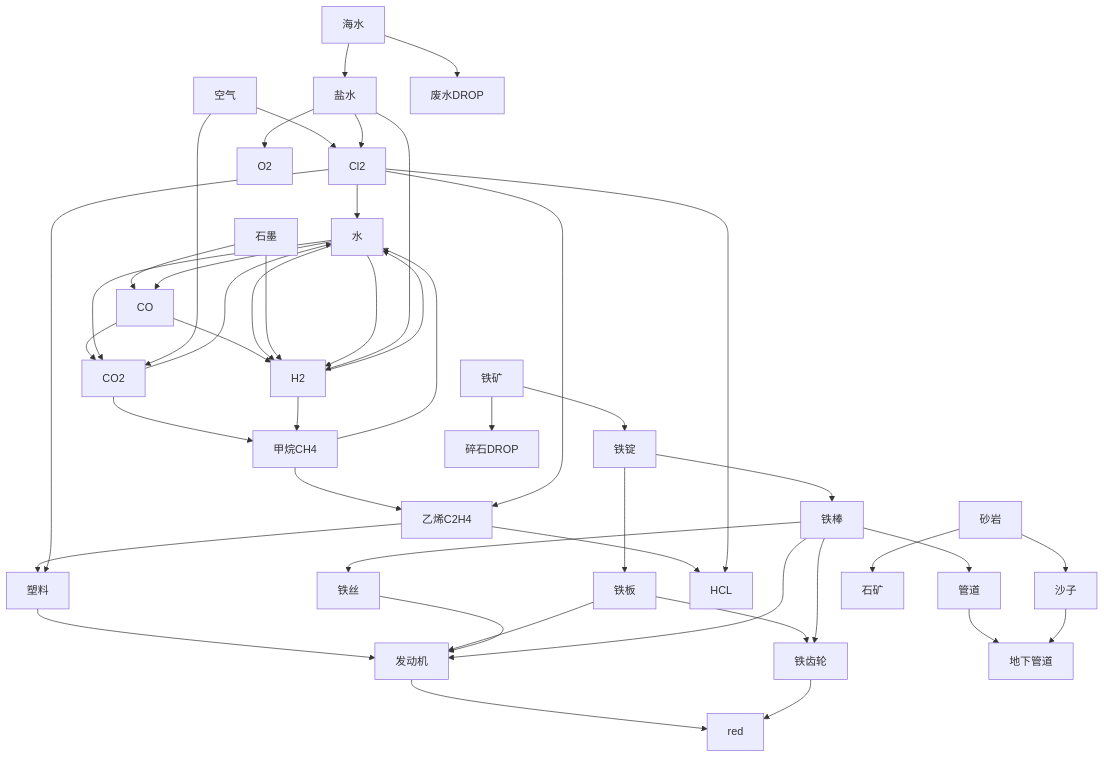
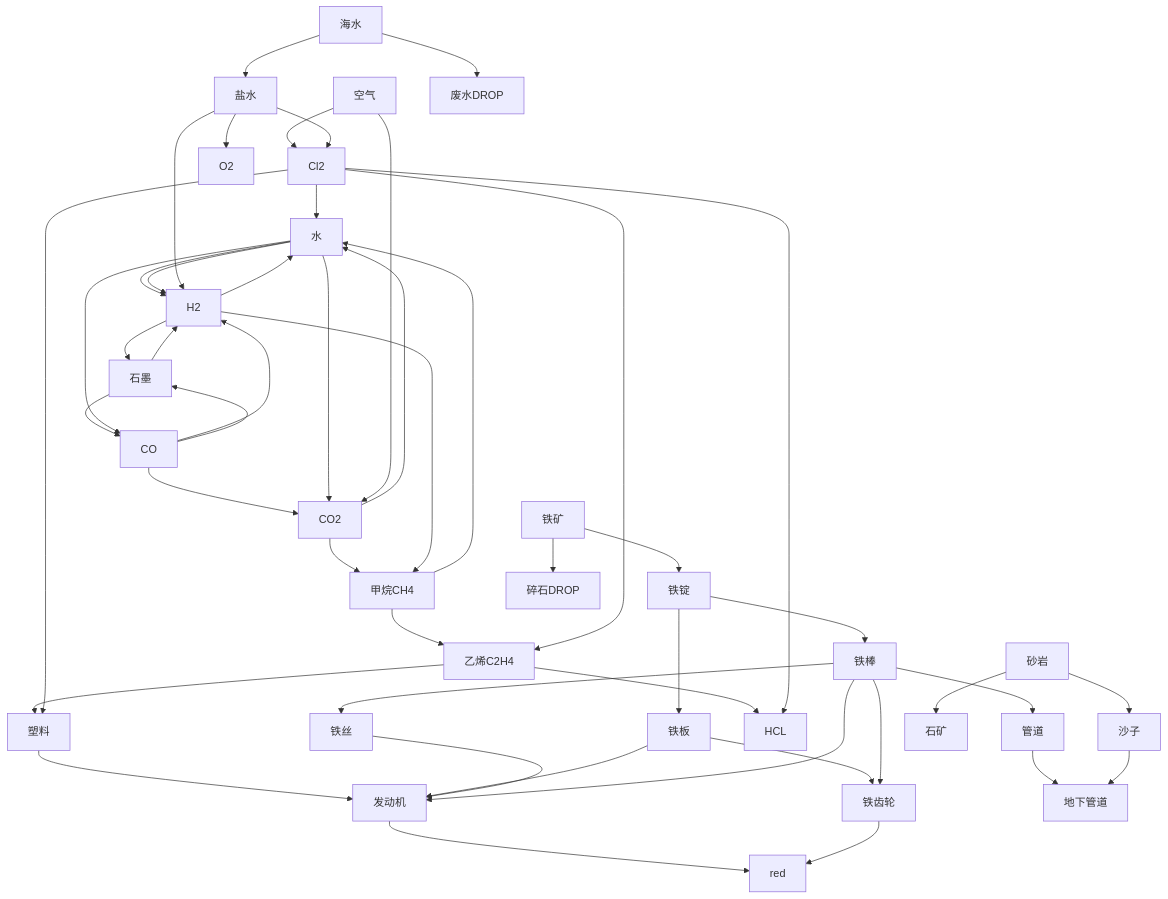
Before and after one commit to W1ndl34F/factorio: the diagram in nullius/nullius0423.md, drawn with Mermaid.

Commit message:
magic for fun

````diff
--- a/nullius/nullius0423.md
+++ b/nullius/nullius0423.md
@@ -16,48 +16,50 @@
 ```mermaid
 graph TD;
 A[发动机] --> B[red];
 C[铁齿轮] --> B;
 D[塑料] --> A;
 E[铁板] --> A;
 F[铁丝] --> A;
 G[铁棒] --> A;
 H[乙烯C2H4] --> D;
 I[Cl2] --> D;
 H --> J[HCL];
 I --> J;
 K[甲烷CH4] --> H;
 I --> H;
 K --> L[水];
 I --> L;
 M[CO2] --> K;
 N[H2] --> K;
 M --> L;
 N --> L;
 O[CO] --> M;
 L --> M;
 O --> N;
 L --> N;
+O --> P;
+N --> P;
 P[石墨] --> O;
 L --> O;
 P --> N;
 L --> N;
 Q[空气] --> M[CO2];
 Q --> I[Cl2];
 R[海水] --> S[盐水];
 R --> T[废水DROP];
 S --> I[Cl2];
 S --> N[H2];
 S --> U[O2];
 AD[铁矿] --> V;
 AD --> AE[碎石DROP];
 V[铁锭] --> E;
 V --> G;
 G --> F;
 E --> C;
 G --> C;
 G --> Y[管道];
 Y --> Z[地下管道];
 AA[沙子] --> Z;
 AB[砂岩] --> AA;
 AB --> AC[石矿];
 ```
````
